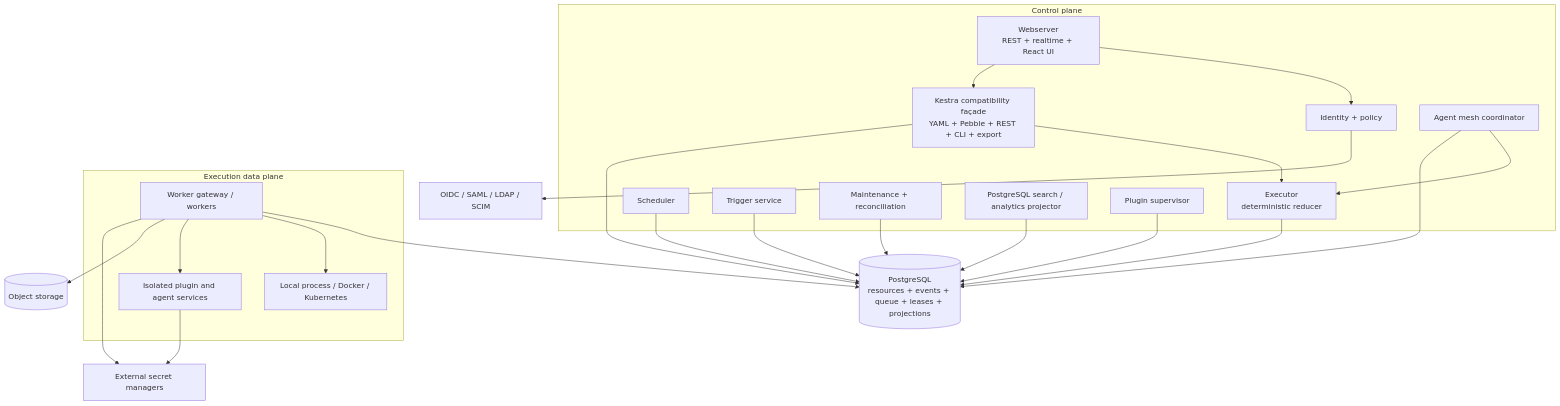
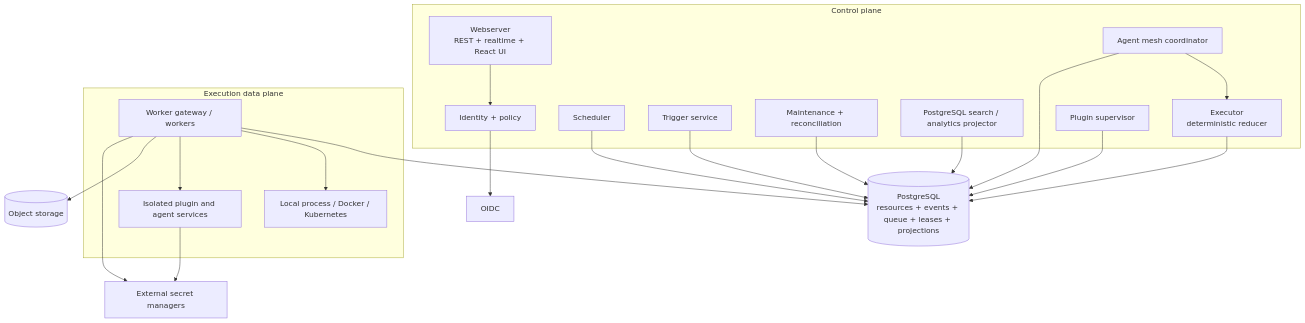
Before and after one commit to samchung95/amesh: the second of 2 diagrams in docs/architecture/README.md, drawn with Mermaid. The commit also changed other lines of this file and 471 other files, not shown here.

First line of the commit message:
Remove SAML, LDAP and SCIM federation and record ADR-085

````diff
--- a/docs/architecture/README.md
+++ b/docs/architecture/README.md
@@ -32,46 +32,42 @@
 ```mermaid
 flowchart TB
   subgraph ControlPlane[Control plane]
     Web[Webserver\nREST + realtime + React UI]
-    Compat[Kestra compatibility façade\nYAML + Pebble + REST + CLI + export]
     Exec[Executor\ndeterministic reducer]
     Sched[Scheduler]
     Trigger[Trigger service]
     Maint[Maintenance + reconciliation]
     Projector[PostgreSQL search / analytics projector]
     Auth[Identity + policy]
     Plugins[Plugin supervisor]
     Agents[Agent mesh coordinator]
   end
 
   subgraph DataPlane[Execution data plane]
     Worker[Worker gateway / workers]
     Runner[Local process / Docker / Kubernetes]
     Isolated[Isolated plugin and agent services]
   end
 
   PG[(PostgreSQL\nresources + events + queue + leases + projections)]
   Store[(Object storage)]
-  IdP[OIDC / SAML / LDAP / SCIM]
+  IdP[OIDC]
   Secrets[External secret managers]
 
   Web --> Auth
-  Web --> Compat
-  Compat --> Exec
-  Compat --> PG
   Sched --> PG
   Trigger --> PG
   Exec --> PG
   Maint --> PG
   Projector --> PG
   Agents --> Exec
   Agents --> PG
   Plugins --> PG
   Worker --> PG
   Worker --> Runner
   Worker --> Isolated
   Worker --> Store
   Auth --> IdP
   Worker --> Secrets
   Isolated --> Secrets
 ```
````
